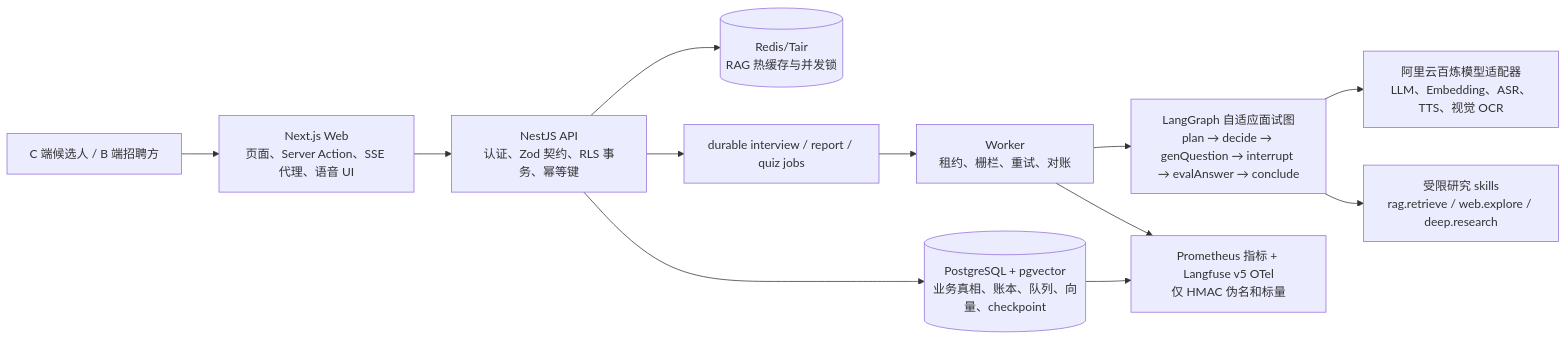
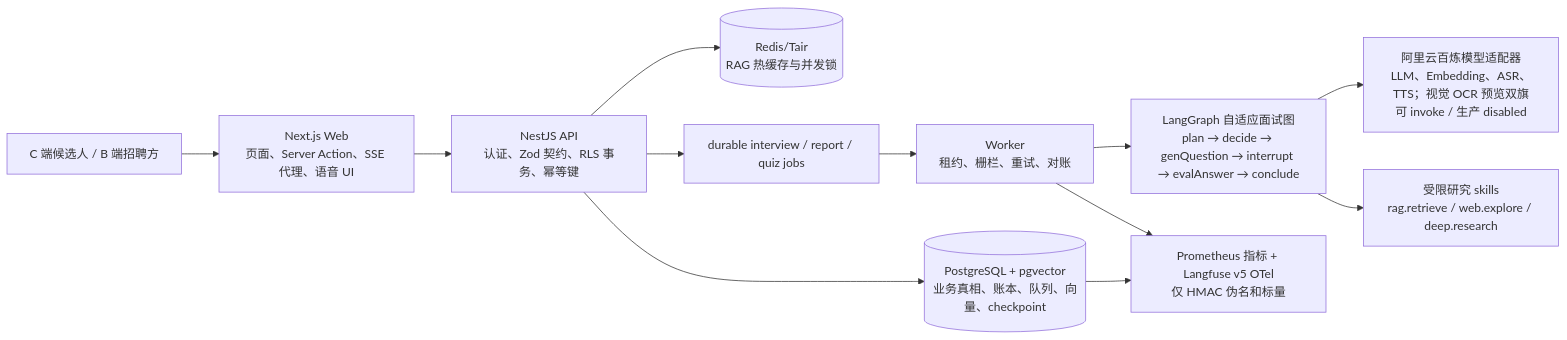
Before and after one commit to miaole/meetwise: the diagram in ai-docs/architecture/current-runtime-truth.md, drawn with Mermaid. The commit also changed other lines of this file and 42 other files, not shown here.

````diff
--- a/ai-docs/architecture/current-runtime-truth.md
+++ b/ai-docs/architecture/current-runtime-truth.md
@@ -79,14 +79,14 @@
 ```mermaid
 flowchart LR
   U["C 端候选人 / B 端招聘方"] --> W["Next.js Web\n页面、Server Action、SSE 代理、语音 UI"]
   W --> A["NestJS API\n认证、Zod 契约、RLS 事务、幂等键"]
   A --> P[("PostgreSQL + pgvector\n业务真相、账本、队列、向量、checkpoint")]
   A --> R[("Redis/Tair\nRAG 热缓存与并发锁")]
   A --> Q["durable interview / report / quiz jobs"]
   Q --> K["Worker\n租约、栅栏、重试、对账"]
   K --> G["LangGraph 自适应面试图\nplan → decide → genQuestion → interrupt → evalAnswer → conclude"]
-  G --> M["阿里云百炼模型适配器\nLLM、Embedding、ASR、TTS、视觉 OCR"]
+  G --> M["阿里云百炼模型适配器\nLLM、Embedding、ASR、TTS；视觉 OCR 预览双旗可 invoke / 生产 disabled"]
   G --> S["受限研究 skills\nrag.retrieve / web.explore / deep.research"]
   K --> O["Prometheus 指标 + Langfuse v5 OTel\n仅 HMAC 伪名和标量"]
   P --> O
 ```
````
